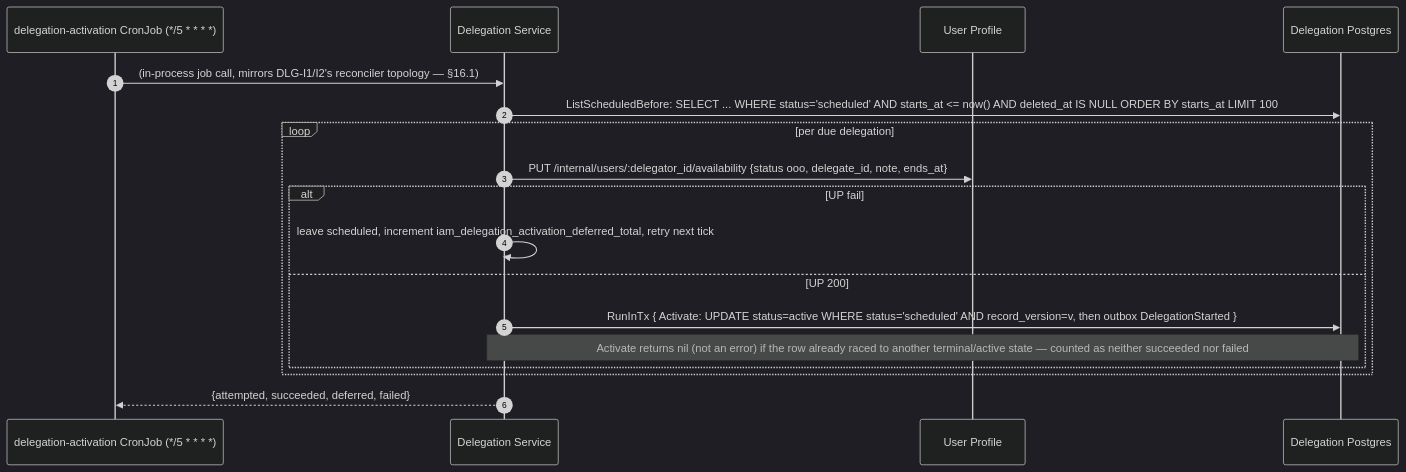
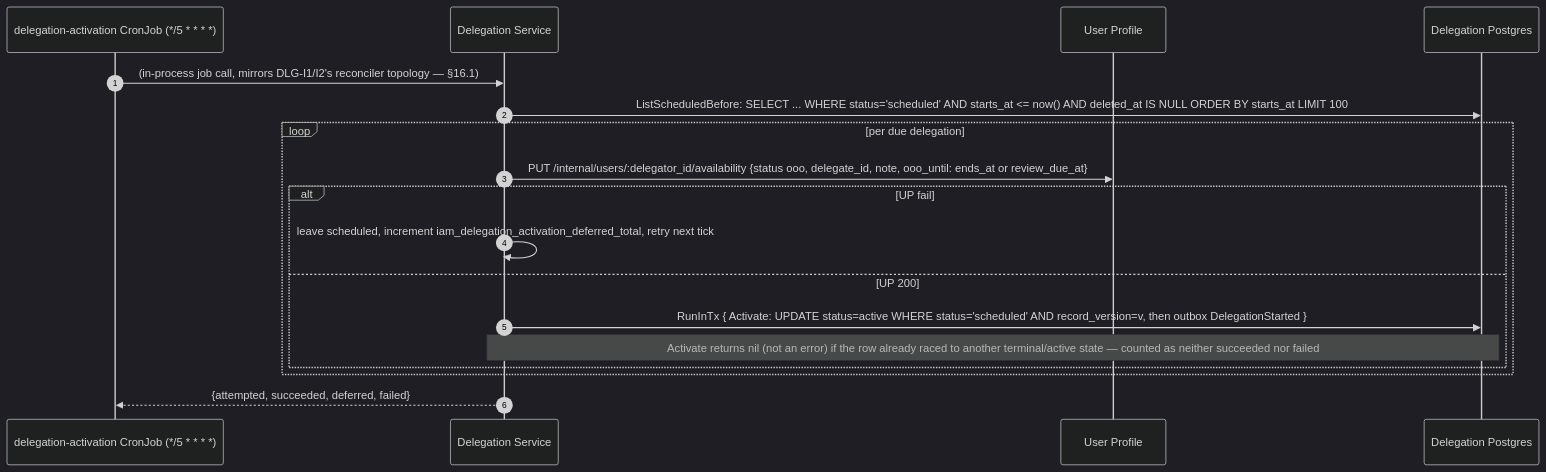
Before and after one commit to BCBP-SOLUTIONS-FZC-LLC/iam-delegation: the diagram in docs/architecture/mermaid/activation-cron-flow.mmd, drawn with Mermaid (dark theme). The commit also changed 48 other files, not shown here.

```diff
--- a/docs/architecture/mermaid/activation-cron-flow.mmd
+++ b/docs/architecture/mermaid/activation-cron-flow.mmd
@@ -1,19 +1,19 @@
 sequenceDiagram
     autonumber
     participant CR as delegation-activation CronJob (*/5 * * * *)
     participant DLG as Delegation Service
     participant UP as User Profile
     participant PG as Delegation Postgres
 
     CR->>DLG: (in-process job call, mirrors DLG-I1/I2's reconciler topology — §16.1)
     DLG->>PG: ListScheduledBefore: SELECT ... WHERE status='scheduled' AND starts_at <= now() AND deleted_at IS NULL ORDER BY starts_at LIMIT 100
     loop per due delegation
-        DLG->>UP: PUT /internal/users/:delegator_id/availability {status ooo, delegate_id, note, ends_at}
+        DLG->>UP: PUT /internal/users/:delegator_id/availability {status ooo, delegate_id, note, ooo_until: ends_at or review_due_at}
         alt UP fail
             DLG->>DLG: leave scheduled, increment iam_delegation_activation_deferred_total, retry next tick
         else UP 200
             DLG->>PG: RunInTx { Activate: UPDATE status=active WHERE status='scheduled' AND record_version=v, then outbox DelegationStarted }
             Note over DLG,PG: Activate returns nil (not an error) if the row already raced to another terminal/active state — counted as neither succeeded nor failed
         end
     end
     DLG-->>CR: {attempted, succeeded, deferred, failed}
```
